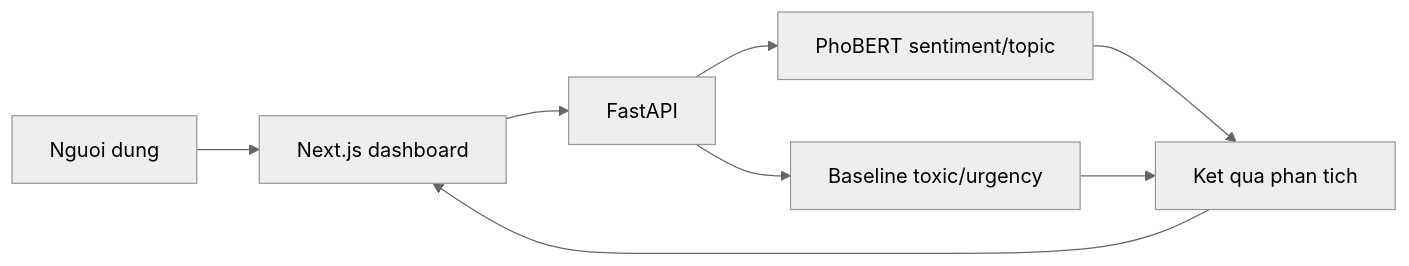
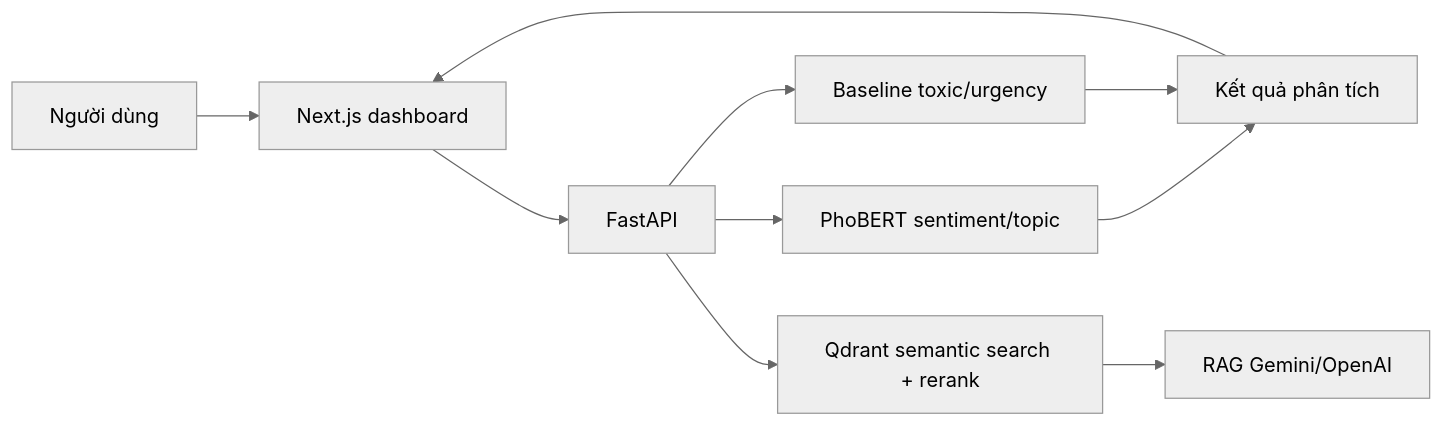
One commit to Datbadboiz11/Student-Voice-Intelligence changed the diagram in README.md. Above: the diagram before and after it, drawn with Mermaid (neutral theme). The commit also changed other lines of this file and 5 other files, not shown here.

````diff
--- a/README.md
+++ b/README.md
@@ -19,10 +19,12 @@
 ```mermaid
 flowchart LR
-    U[Nguoi dung] --> D[Next.js dashboard]
+    U[Người dùng] --> D[Next.js dashboard]
     D --> A[FastAPI]
     A --> M[PhoBERT sentiment/topic]
     A --> B[Baseline toxic/urgency]
-    M --> R[Ket qua phan tich]
+    A --> Q[Qdrant semantic search + rerank]
+    Q --> G[RAG Gemini/OpenAI]
+    M --> R[Kết quả phân tích]
     B --> R
     R --> D
 ```
````
